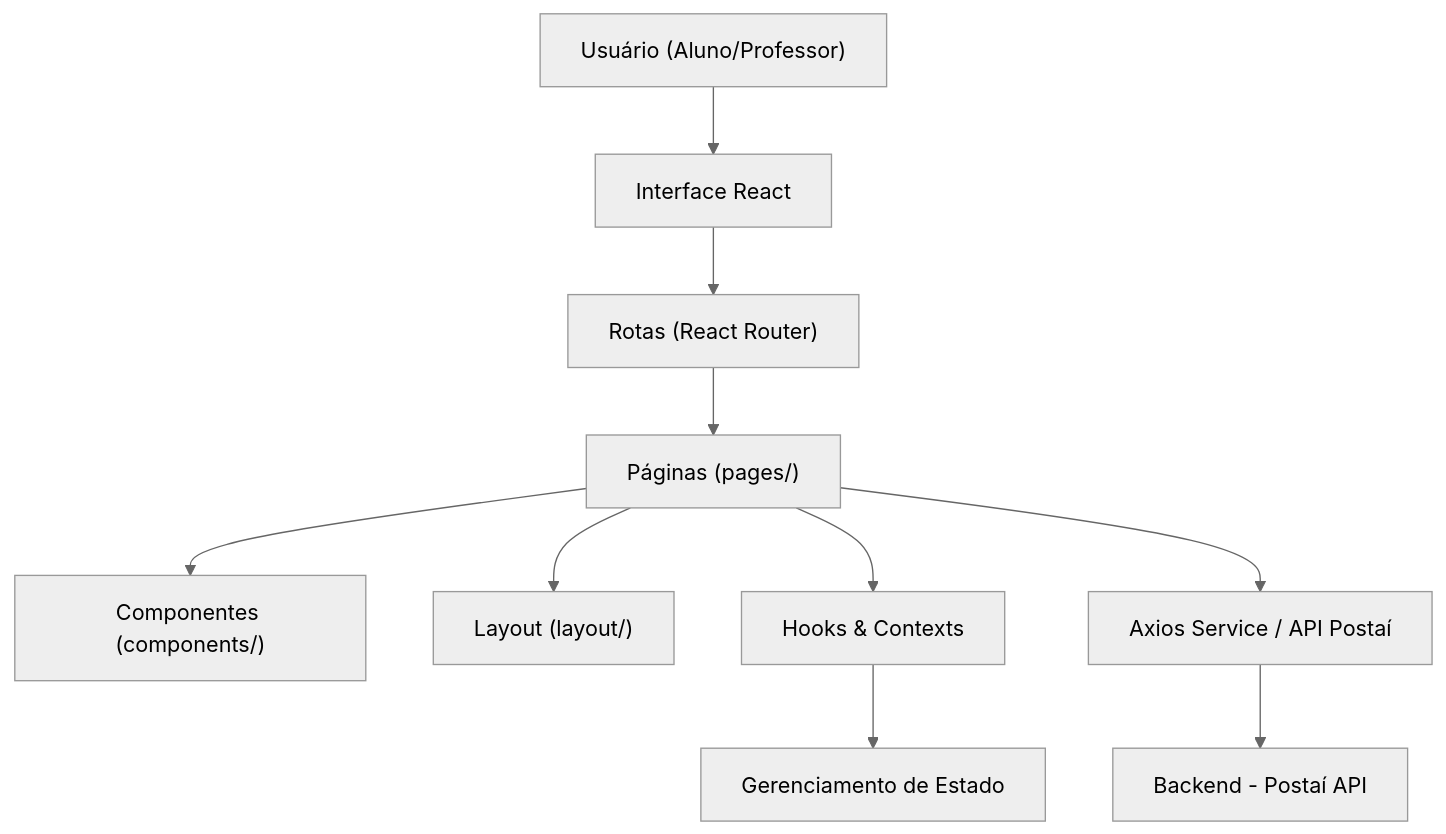
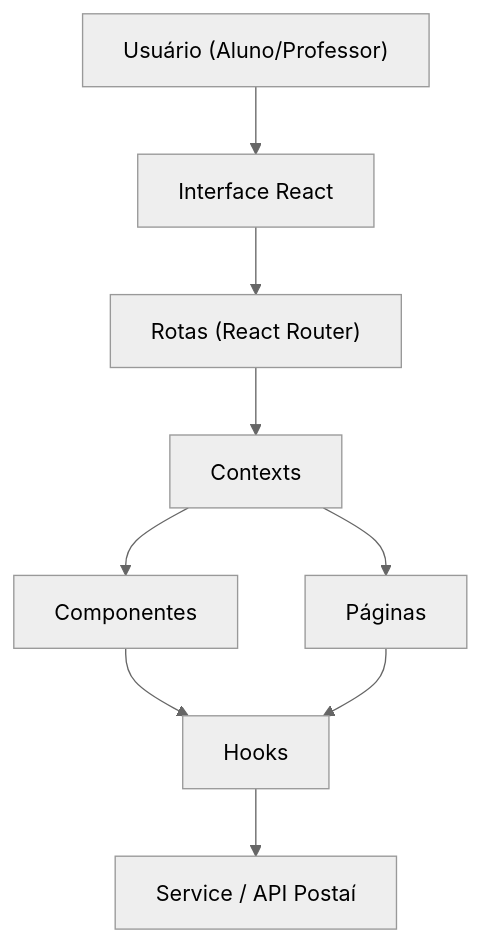
The diagram in README.md (cilolata/tech-chanllenge-frontend), drawn with Mermaid (neutral theme) before and after one commit. The commit also changed other lines of this file, not shown here.

````diff
--- a/README.md
+++ b/README.md
@@ -46,12 +45,12 @@
 ```mermaid
 flowchart TB
   A["Usuário (Aluno/Professor)"] --> B["Interface React"]
   B --> C["Rotas (React Router)"]
-  C --> D["Páginas (pages/)"]
-  D --> E["Componentes (components/)"]
-  D --> F["Layout (layout/)"]
-  D --> G["Hooks & Contexts"]
-  G --> H["Gerenciamento de Estado"]
-  D --> I["Axios Service / API Postaí"]
-  I --> J["Backend - Postaí API"]
+  I --> D["Páginas"]
+  E --> J["Hooks"]
+  D --> J["Hooks"]
+  I --> E["Componentes"]
+  J --> G["Service / API Postaí"]
+  C --> I["Contexts"]
+
 ```
````
